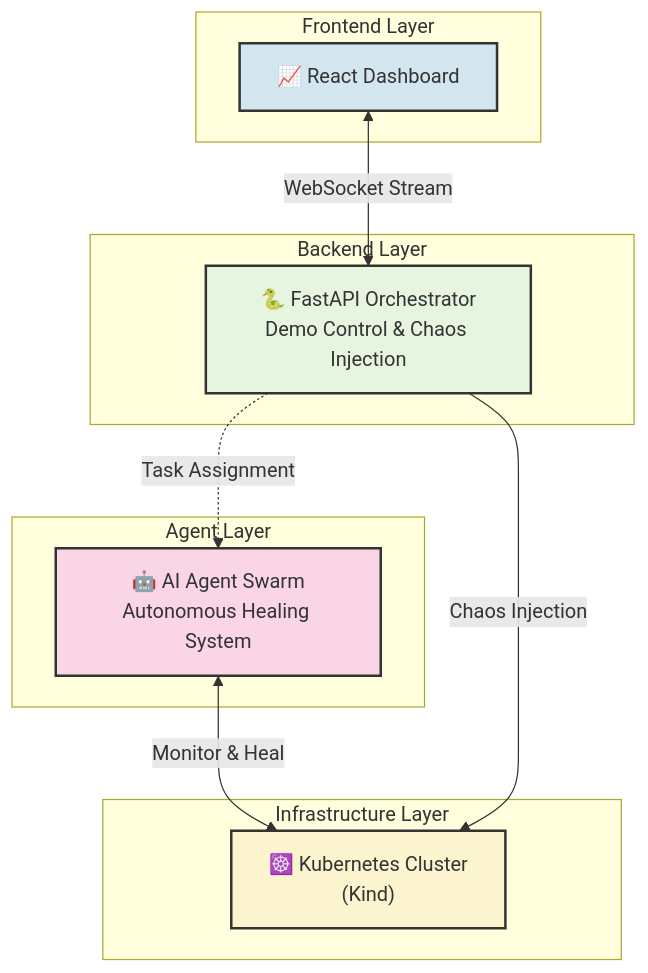
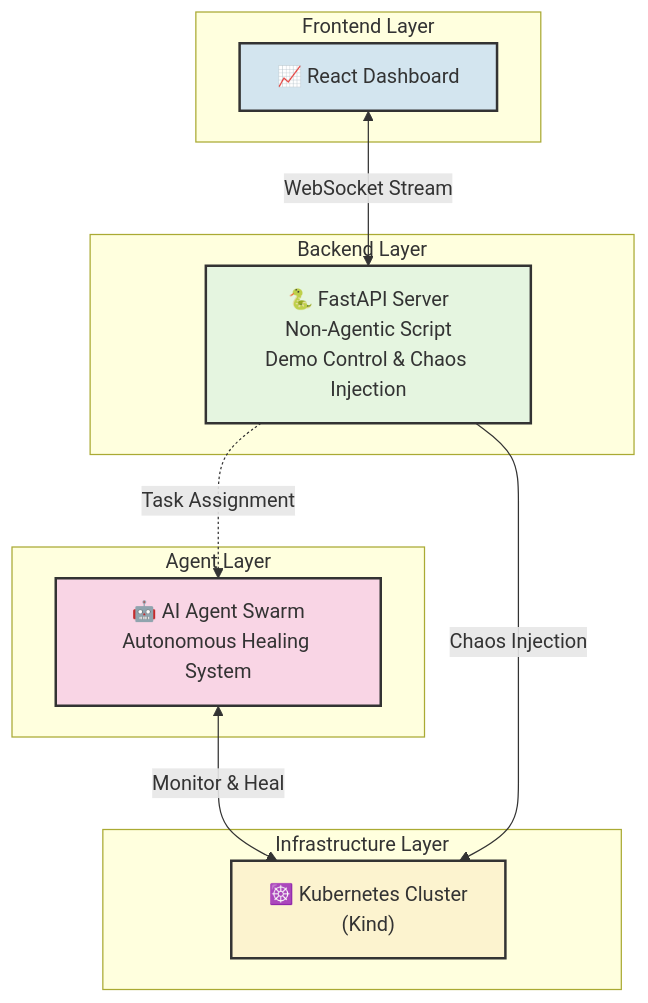
The first of 3 diagrams in README.md (Unobtainiumrock/kubernetes-agentic-swam-yc-hackathon), drawn with Mermaid before and after one commit. The commit also changed other lines of this file, not shown here.

````diff
--- a/README.md
+++ b/README.md
@@ -15,33 +15,33 @@
 ```mermaid
 graph TB
     subgraph "Frontend Layer"
         UI["📈 React Dashboard"]
     end
 
     subgraph "Backend Layer"
-        Orchestrator["🐍 FastAPI Orchestrator<br/>Demo Control & Chaos Injection"]
+        Orchestrator["🐍 FastAPI Server<br/>Non-Agentic Script<br/>Demo Control & Chaos Injection"]
     end
 
     subgraph "Agent Layer"
         Swarm["🤖 AI Agent Swarm<br/>Autonomous Healing System"]
     end
 
     subgraph "Infrastructure Layer"
         K8s["☸️ Kubernetes Cluster<br/>(Kind)"]
     end
 
     UI <-->|WebSocket Stream| Orchestrator
     Orchestrator -.->|Task Assignment| Swarm
     Swarm <-->|Monitor & Heal| K8s
     Orchestrator -->|Chaos Injection| K8s
 
     classDef frontend fill:#d3e5ef,stroke:#333,stroke-width:2px
     classDef backend fill:#e5f5e0,stroke:#333,stroke-width:2px
     classDef agent fill:#f9d5e5,stroke:#333,stroke-width:2px
     classDef infra fill:#fcf3cf,stroke:#333,stroke-width:2px
 
     class UI frontend
     class Orchestrator backend
     class Swarm agent
     class K8s infra
 ```
````
